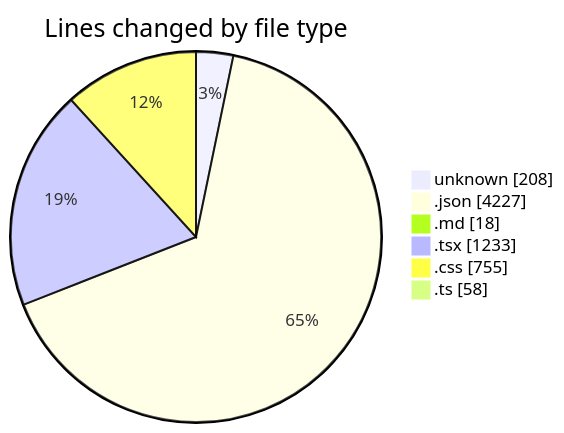
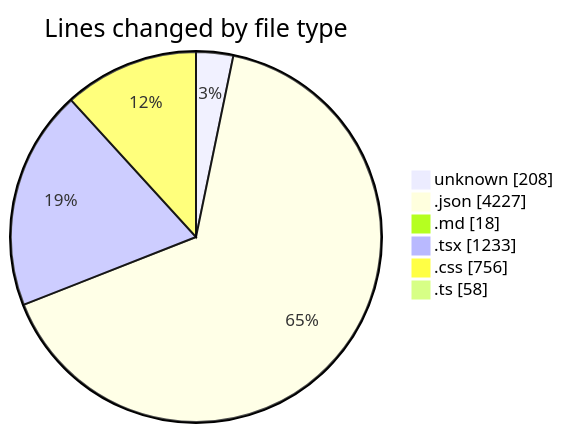
Before and after one commit to EIIisD/code-tracking: the first of 2 diagrams in 2025-08-07/ribbon/README.md, drawn with Mermaid. The commit also changed other lines of this file and 1 other file, not shown here.

````diff
--- a/2025-08-07/ribbon/README.md
+++ b/2025-08-07/ribbon/README.md
@@ -36,10 +36,10 @@
 ```mermaid
 pie showData
 title Lines changed by file type
 "unknown" : 208
 ".json" : 4227
 ".md" : 18
 ".tsx" : 1233
-".css" : 755
+".css" : 756
 ".ts" : 58
 ```
````
